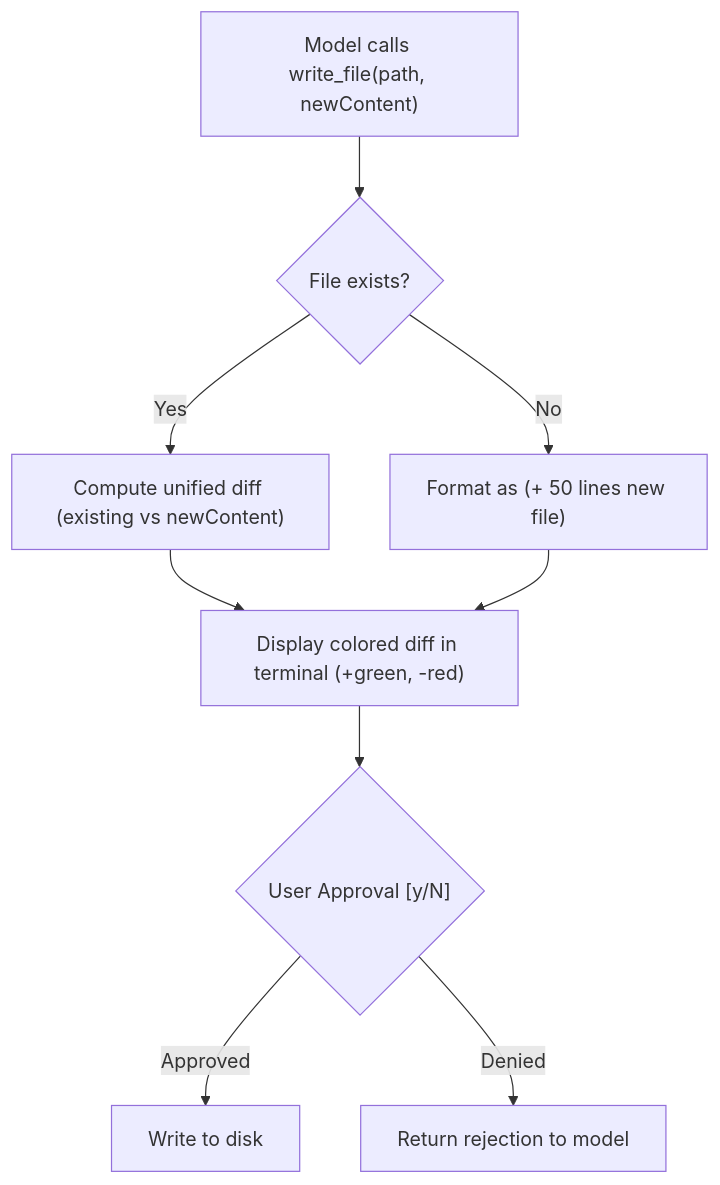
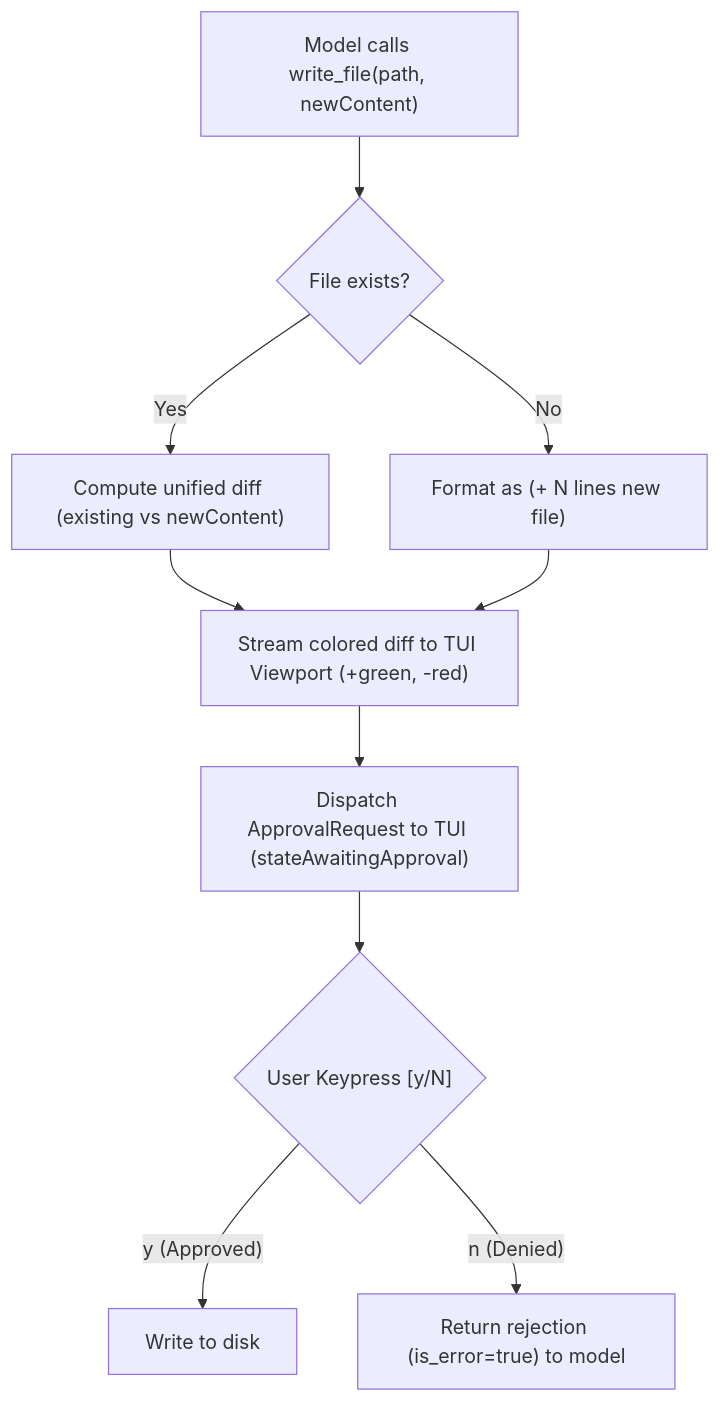
One commit to AntonioHellin/phi-code-agent changed the diagram in docs/steps/20-diff-approval.md. Above: the diagram before and after it, drawn with Mermaid. The commit also changed other lines of this file and 6 other files, not shown here.

First line of the commit message:
docs: update milestone guides 15-27 to align with current architecture

````diff
--- a/docs/steps/20-diff-approval.md
+++ b/docs/steps/20-diff-approval.md
@@ -9,11 +9,12 @@
 ```mermaid
 flowchart TD
     Write["Model calls write_file(path, newContent)"] --> Check{"File exists?"}
     Check -- "Yes" --> Diff["Compute unified diff (existing vs newContent)"]
-    Check -- "No" --> NewFile["Format as (+ 50 lines new file)"]
-    Diff --> Render["Display colored diff in terminal (+green, -red)"]
+    Check -- "No" --> NewFile["Format as (+ N lines new file)"]
+    Diff --> Render["Stream colored diff to TUI Viewport (+green, -red)"]
     NewFile --> Render
-    Render --> Gate{"User Approval [y/N]"}
-    Gate -- "Approved" --> Disk["Write to disk"]
-    Gate -- "Denied" --> Deny["Return rejection to model"]
+    Render --> Gate["Dispatch ApprovalRequest to TUI (stateAwaitingApproval)"]
+    Gate --> UserChoice{"User Keypress [y/N]"}
+    UserChoice -- "y (Approved)" --> Disk["Write to disk"]
+    UserChoice -- "n (Denied)" --> Deny["Return rejection (is_error=true) to model"]
 ```
````
